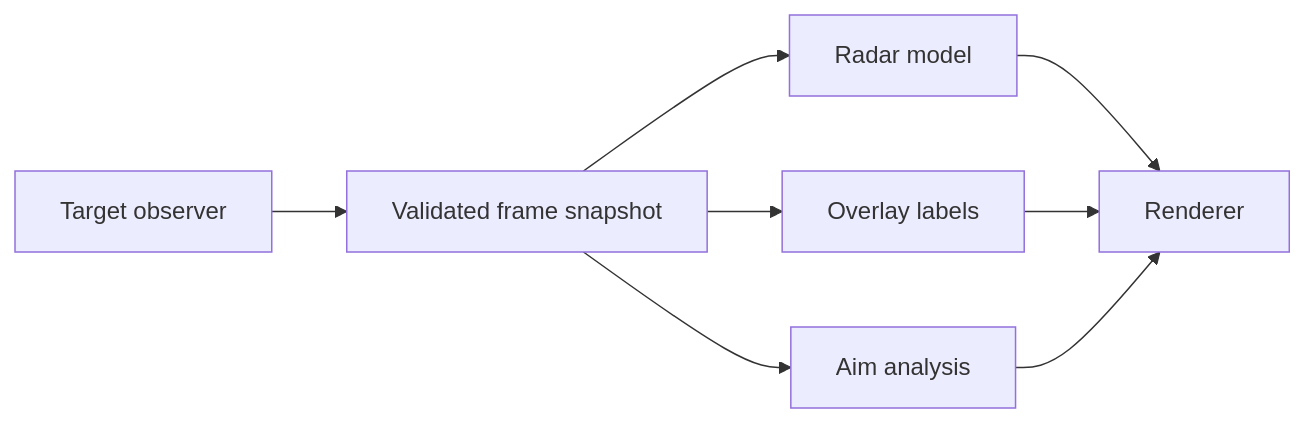
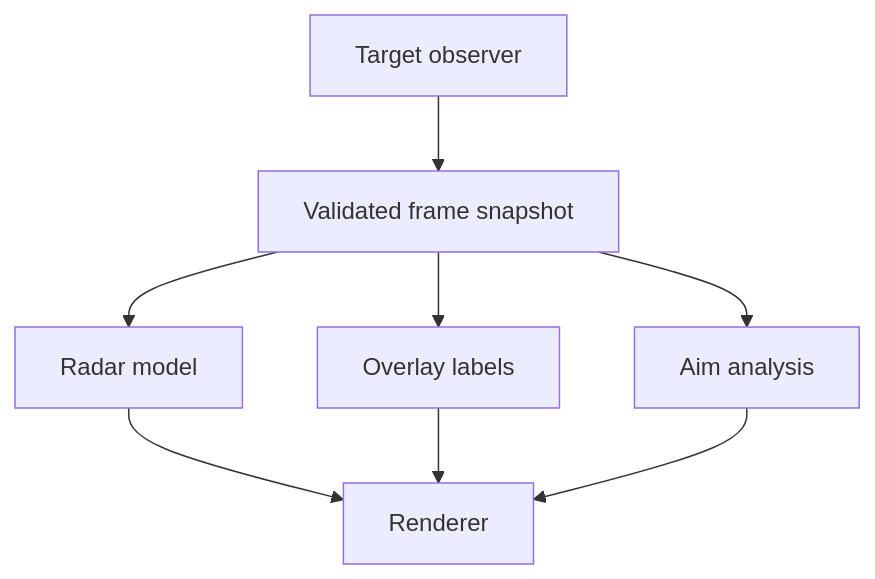
The diagram in _pages/5/10.md (MustCodeAl/rust-game-hacking-book), drawn with Mermaid before and after one commit. The commit also changed other lines of this file and 127 other files, not shown here.

````diff
--- a/_pages/5/10.md
+++ b/_pages/5/10.md
@@ -27,10 +27,10 @@
 ```mermaid
-flowchart LR
+flowchart TD
     A["Target observer"] --> B["Validated frame snapshot"]
     B --> C["Radar model"]
     B --> D["Overlay labels"]
     B --> E["Aim analysis"]
     C --> F["Renderer"]
     D --> F
     E --> F
 ```
````
